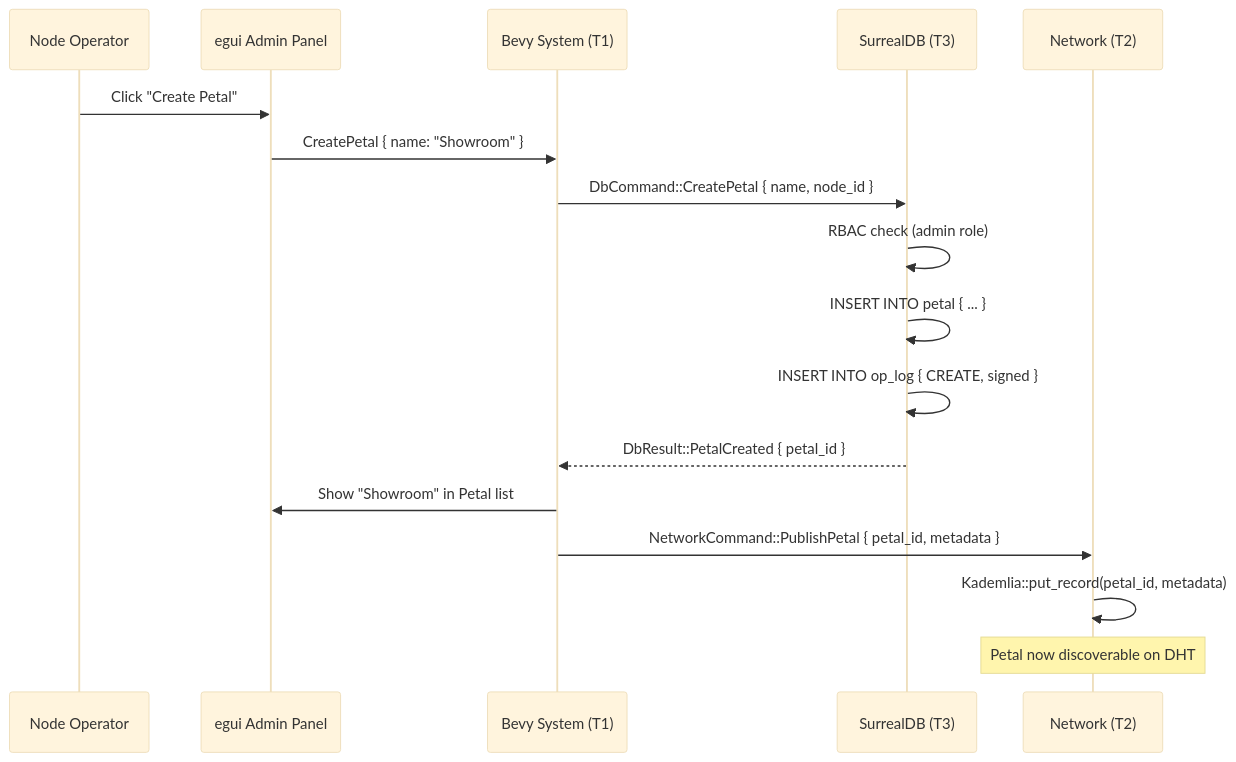
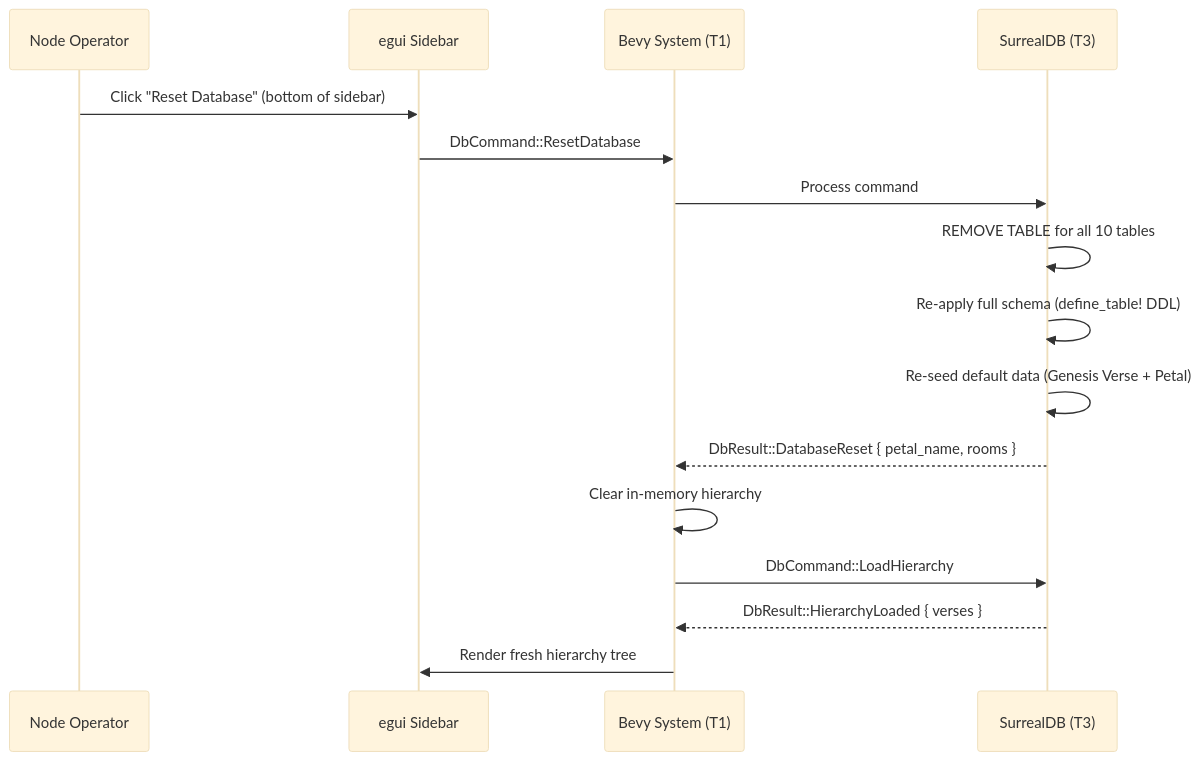
One commit to Escherbridge/fractalengine changed the fourth of 5 diagrams in docs/diagrams/11-user-interaction-flow.md. Above: the diagram before and after it, drawn with Mermaid (base theme). The commit also changed other lines of this file and 81 other files, not shown here.

````diff
--- a/docs/diagrams/11-user-interaction-flow.md
+++ b/docs/diagrams/11-user-interaction-flow.md
@@ -5,23 +96,21 @@
 ```mermaid
 sequenceDiagram
     participant Op as Node Operator
-    participant UI as egui Admin Panel
+    participant UI as egui Sidebar
     participant T1 as Bevy System (T1)
     participant T3 as SurrealDB (T3)
-    participant T2 as Network (T2)
 
-    Op->>UI: Click "Create Petal"
-    UI->>T1: CreatePetal { name: "Showroom" }
-    T1->>T3: DbCommand::CreatePetal { name, node_id }
+    Op->>UI: Click "Reset Database" (bottom of sidebar)
+    UI->>T1: DbCommand::ResetDatabase
+    T1->>T3: Process command
 
-    T3->>T3: RBAC check (admin role)
-    T3->>T3: INSERT INTO petal { ... }
-    T3->>T3: INSERT INTO op_log { CREATE, signed }
-    T3-->>T1: DbResult::PetalCreated { petal_id }
+    T3->>T3: REMOVE TABLE for all 10 tables
+    T3->>T3: Re-apply full schema (define_table! DDL)
+    T3->>T3: Re-seed default data (Genesis Verse + Petal)
+    T3-->>T1: DbResult::DatabaseReset { petal_name, rooms }
 
-    T1->>UI: Show "Showroom" in Petal list
-
-    T1->>T2: NetworkCommand::PublishPetal { petal_id, metadata }
-    T2->>T2: Kademlia::put_record(petal_id, metadata)
-    Note over T2: Petal now discoverable on DHT
+    T1->>T1: Clear in-memory hierarchy
+    T1->>T3: DbCommand::LoadHierarchy
+    T3-->>T1: DbResult::HierarchyLoaded { verses }
+    T1->>UI: Render fresh hierarchy tree
 ```
````
